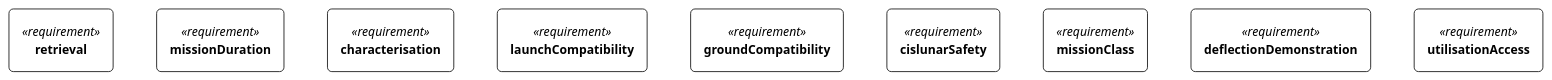
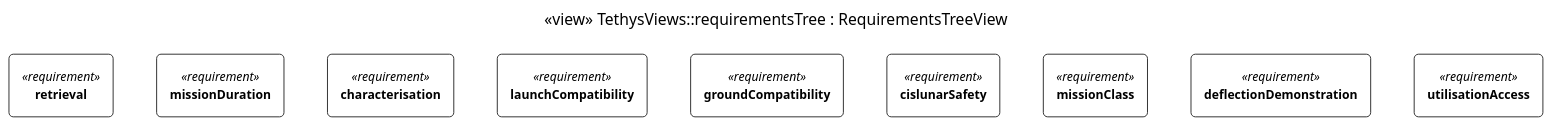
Before and after one commit to Open-MBEE/Tethys: the third of 3 diagrams in runs/documents/TethysDocuments-SystemDescription.md, drawn with Mermaid. The commit also changed other lines of this file and 226 other files, not shown here.

````diff
--- a/runs/documents/TethysDocuments-SystemDescription.md
+++ b/runs/documents/TethysDocuments-SystemDescription.md
@@ -586,45 +631,46 @@
 ```mermaid
 ---
 config:
   fontFamily: "Helvetica, Arial, sans-serif"
   theme: base
   themeCSS: ".edgeLabel rect { opacity: 1 !important; } .cluster-label .nodeLabel { text-align: center; }"
   themeVariables:
     fontFamily: "Helvetica, Arial, sans-serif"
     fontSize: "14px"
     primaryColor: "#FFFFFF"
     secondaryColor: "#FFFFFF"
     tertiaryColor: "#FFFFFF"
     background: "#FFFFFF"
     primaryBorderColor: "#181818"
     primaryTextColor: "#000000"
     lineColor: "#181818"
     textColor: "#000000"
     noteBkgColor: "#FEFFDD"
     noteBorderColor: "#181818"
     noteTextColor: "#000000"
     clusterBkg: "#FFFFFF"
     clusterBorder: "#181818"
     edgeLabelBackground: "#FFFFFF"
+title: "«view» TethysViews::requirementsTree : RequirementsTreeView"
 ---
 %% TethysViews::requirementsTree — tree rendering (render asTreeDiagram)
 flowchart TD
   n0("`*«requirement»*
 **retrieval**`")
   n1("`*«requirement»*
 **missionDuration**`")
   n2("`*«requirement»*
 **characterisation**`")
   n3("`*«requirement»*
 **launchCompatibility**`")
   n4("`*«requirement»*
 **groundCompatibility**`")
   n5("`*«requirement»*
 **cislunarSafety**`")
   n6("`*«requirement»*
 **missionClass**`")
   n7("`*«requirement»*
 **deflectionDemonstration**`")
   n8("`*«requirement»*
 **utilisationAccess**`")
 ```
````
